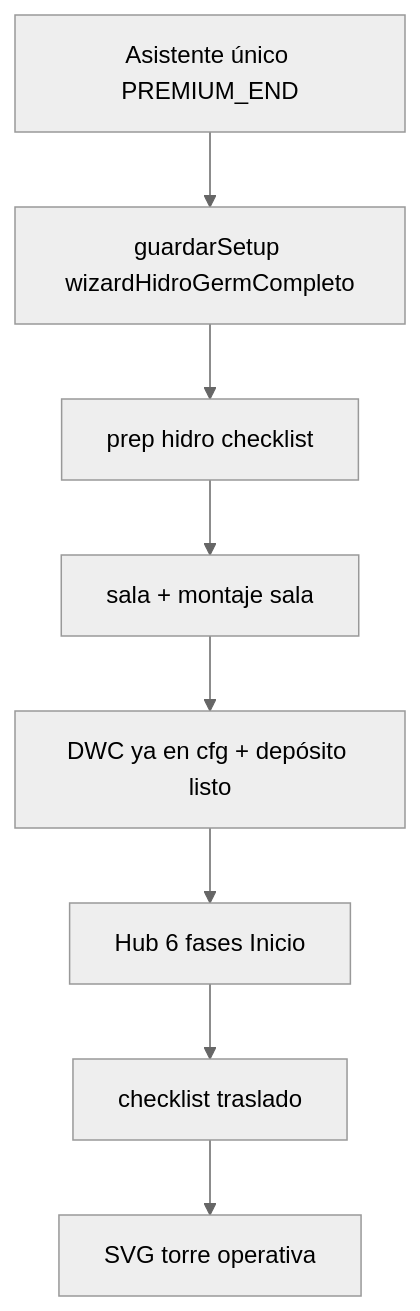
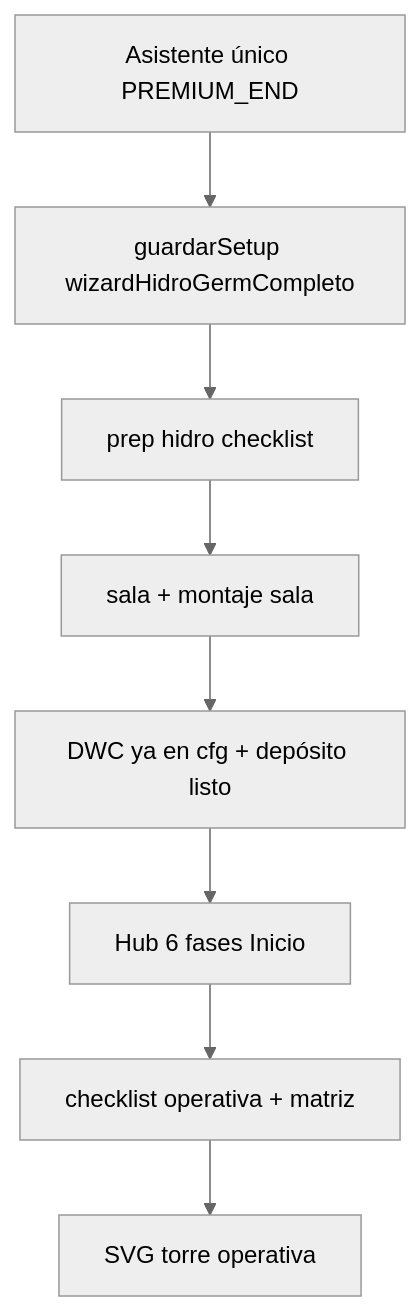
The diagram in docs/SEMILLA-HIDRO-AUDITORIA.md (Debrin77/HidroGrow-web), drawn with Mermaid (neutral theme) before and after one commit. The commit also changed other lines of this file and 10 other files, not shown here.

````diff
--- a/docs/SEMILLA-HIDRO-AUDITORIA.md
+++ b/docs/SEMILLA-HIDRO-AUDITORIA.md
@@ -9,10 +9,10 @@
 ```mermaid
 flowchart TD
   A[Asistente único PREMIUM_END] --> B[guardarSetup wizardHidroGermCompleto]
   B --> C[prep hidro checklist]
   C --> D[sala + montaje sala]
   D --> E[DWC ya en cfg + depósito listo]
   E --> F[Hub 6 fases Inicio]
-  F --> G[checklist traslado]
+  F --> G[checklist operativa + matriz]
   G --> H[SVG torre operativa]
 ```
````
